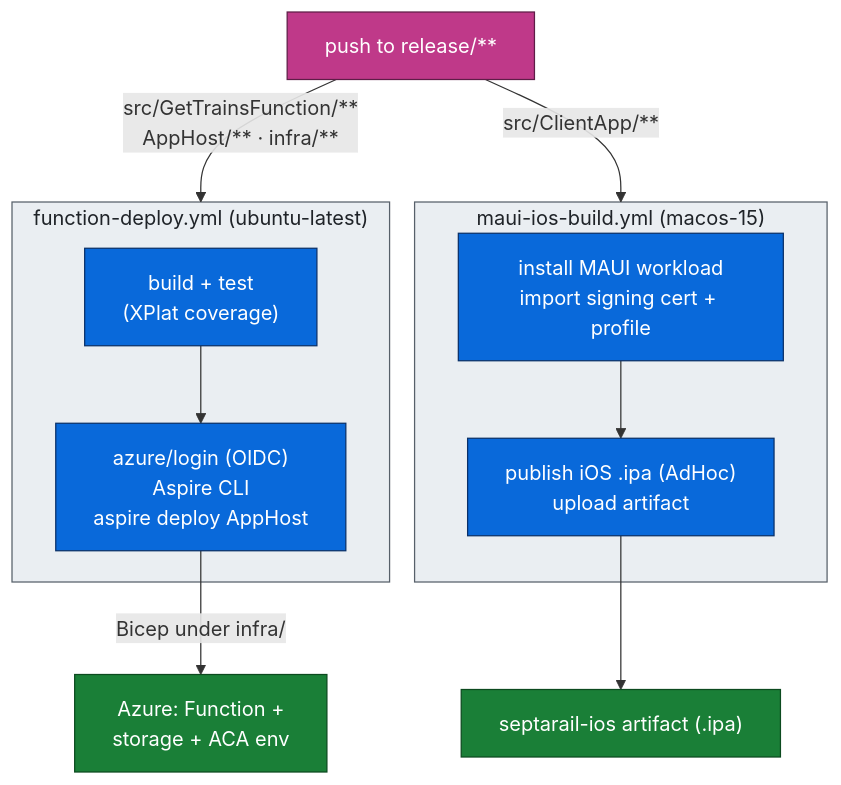
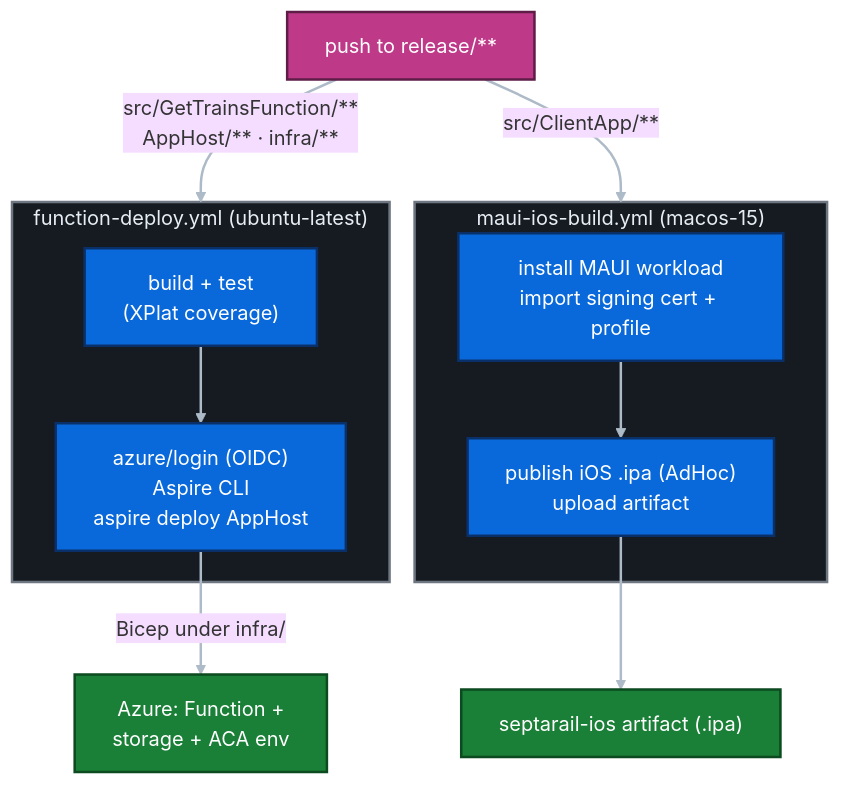
Before and after one commit to NavneetHegde/SeptaRail: the second of 2 diagrams in README.md, drawn with Mermaid. The commit also changed other lines of this file, not shown here.

Commit message:
Switch README Mermaid diagrams to dark theme

````diff
--- a/README.md
+++ b/README.md
@@ -53,32 +56,35 @@
 ```mermaid
+%%{init: {'theme':'base', 'themeVariables': {'background':'#0d1117', 'lineColor':'#adbac7'}}}%%
 flowchart TD
     push["push to release/**"]
 
     push -->|"src/GetTrainsFunction/**<br/>AppHost/** · infra/**"| FW["function-deploy.yml"]
     push -->|"src/ClientApp/**"| MW["maui-ios-build.yml"]
 
     subgraph FW["function-deploy.yml (ubuntu-latest)"]
         FB["build + test<br/>(XPlat coverage)"]
         FD["azure/login (OIDC)<br/>Aspire CLI<br/>aspire deploy AppHost"]
         FB --> FD
     end
 
     subgraph MW["maui-ios-build.yml (macos-15)"]
         MB["install MAUI workload<br/>import signing cert + profile"]
         MP["publish iOS .ipa (AdHoc)<br/>upload artifact"]
         MB --> MP
     end
 
     FD -->|"Bicep under infra/"| AZ["Azure: Function +<br/>storage + ACA env"]
     MP --> ART["septarail-ios artifact (.ipa)"]
 
-    classDef trigger fill:#bf3989,stroke:#5e1d47,stroke-width:1px,color:#ffffff;
-    classDef job fill:#0969da,stroke:#0a3069,stroke-width:1px,color:#ffffff;
-    classDef out fill:#1a7f37,stroke:#0c4a1f,stroke-width:1px,color:#ffffff;
+    classDef trigger fill:#bf3989,stroke:#5e1d47,stroke-width:2px,color:#ffffff;
+    classDef job fill:#0969da,stroke:#0a3069,stroke-width:2px,color:#ffffff;
+    classDef out fill:#1a7f37,stroke:#0c4a1f,stroke-width:2px,color:#ffffff;
     class push trigger;
     class FB,FD,MB,MP job;
     class AZ,ART out;
 
-    style FW fill:#eaeef2,stroke:#57606a,stroke-width:1px,color:#1f2328;
-    style MW fill:#eaeef2,stroke:#57606a,stroke-width:1px,color:#1f2328;
+    style FW fill:#161b22,stroke:#6e7681,stroke-width:2px,color:#e6edf3;
+    style MW fill:#161b22,stroke:#6e7681,stroke-width:2px,color:#e6edf3;
+
+    linkStyle default stroke:#adbac7,stroke-width:2px;
 ```
````
